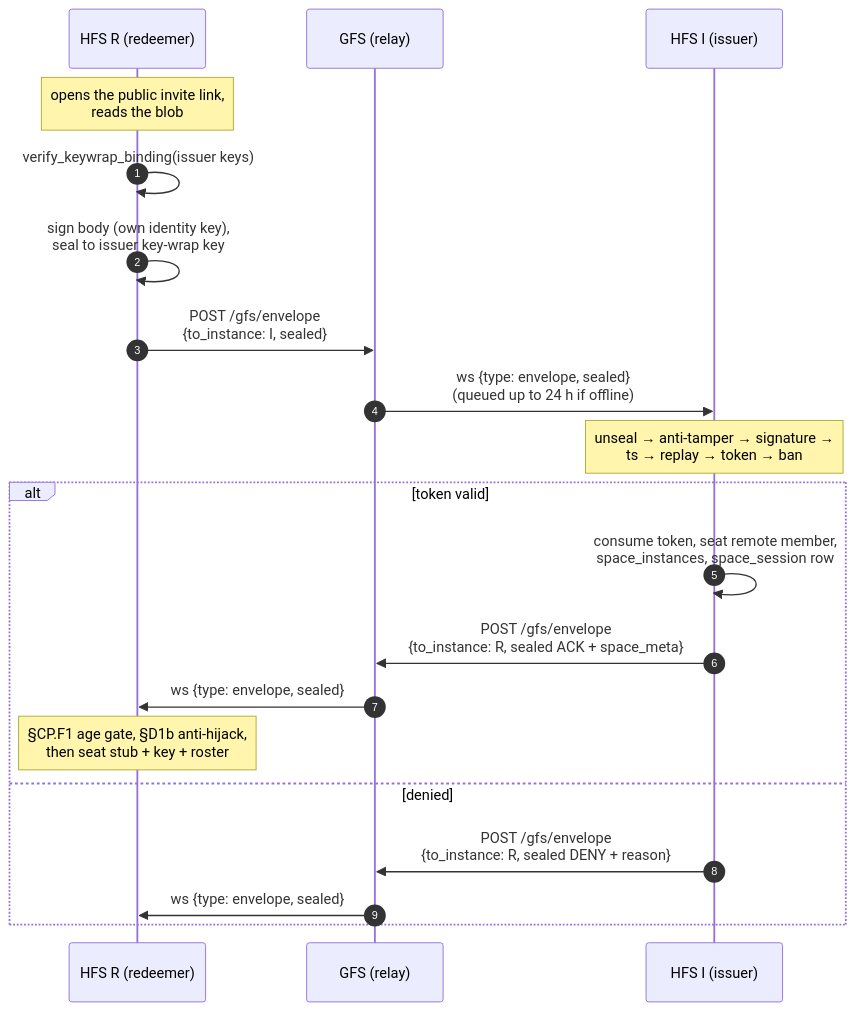
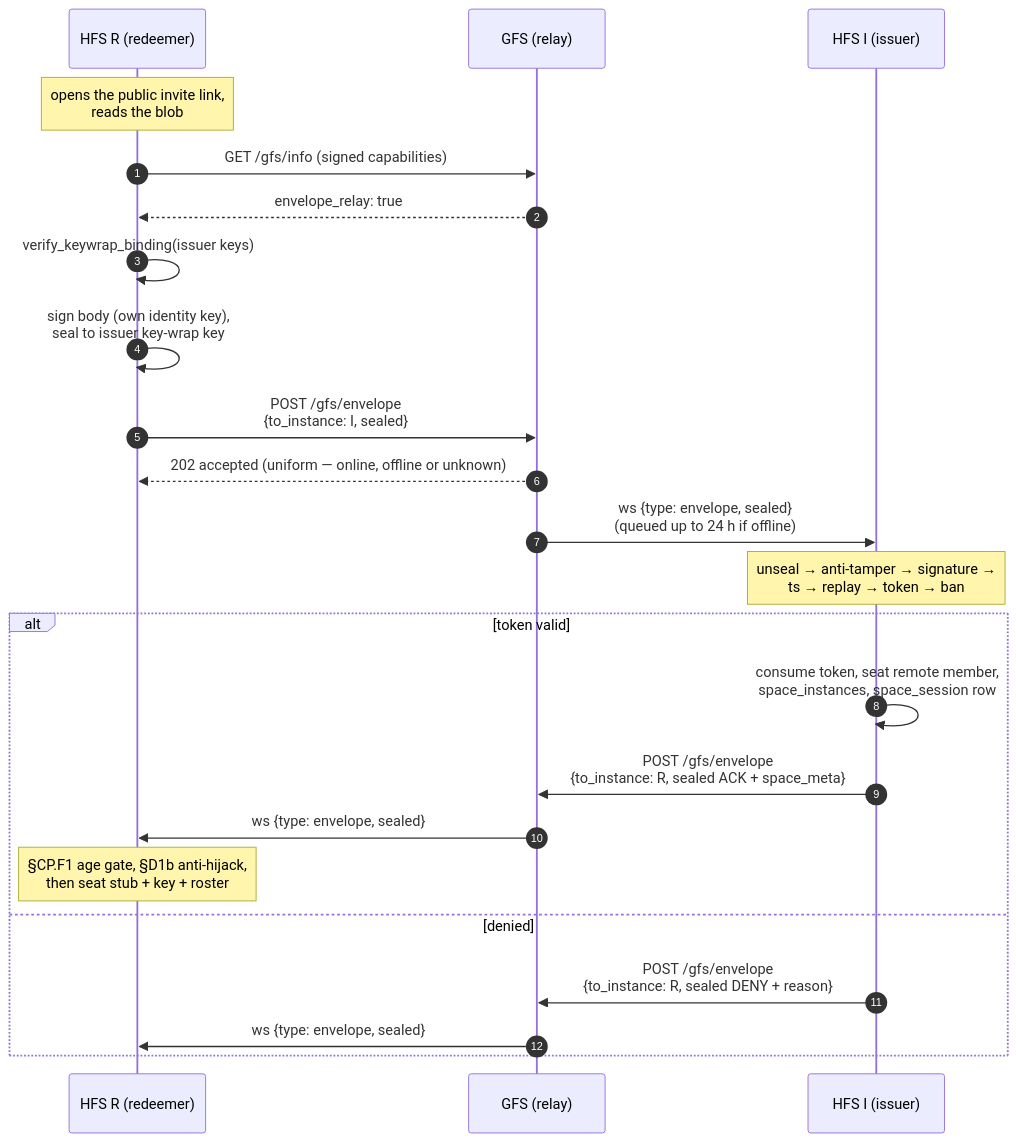
One commit to social-home-io/socialhome changed the first of 3 diagrams in docs/protocol/invites.md. Above: the diagram before and after it, drawn with Mermaid. The commit also changed other lines of this file and 20 other files, not shown here.

````diff
--- a/docs/protocol/invites.md
+++ b/docs/protocol/invites.md
@@ -350,22 +382,25 @@
 ```mermaid
 sequenceDiagram
     autonumber
     participant R as HFS R (redeemer)
     participant G as GFS (relay)
     participant I as HFS I (issuer)
     Note over R: opens the public invite link,<br/>reads the blob
+    R->>G: GET /gfs/info (signed capabilities)
+    G-->>R: envelope_relay: true
     R->>R: verify_keywrap_binding(issuer keys)
     R->>R: sign body (own identity key),<br/>seal to issuer key-wrap key
     R->>G: POST /gfs/envelope<br/>{to_instance: I, sealed}
+    G-->>R: 202 accepted (uniform — online, offline or unknown)
     G->>I: ws {type: envelope, sealed}<br/>(queued up to 24 h if offline)
     Note over I: unseal → anti-tamper → signature →<br/>ts → replay → token → ban
     alt token valid
         I->>I: consume token, seat remote member,<br/>space_instances, space_session row
         I->>G: POST /gfs/envelope<br/>{to_instance: R, sealed ACK + space_meta}
         G->>R: ws {type: envelope, sealed}
         Note over R: §CP.F1 age gate, §D1b anti-hijack,<br/>then seat stub + key + roster
     else denied
         I->>G: POST /gfs/envelope<br/>{to_instance: R, sealed DENY + reason}
         G->>R: ws {type: envelope, sealed}
     end
 ```
````
